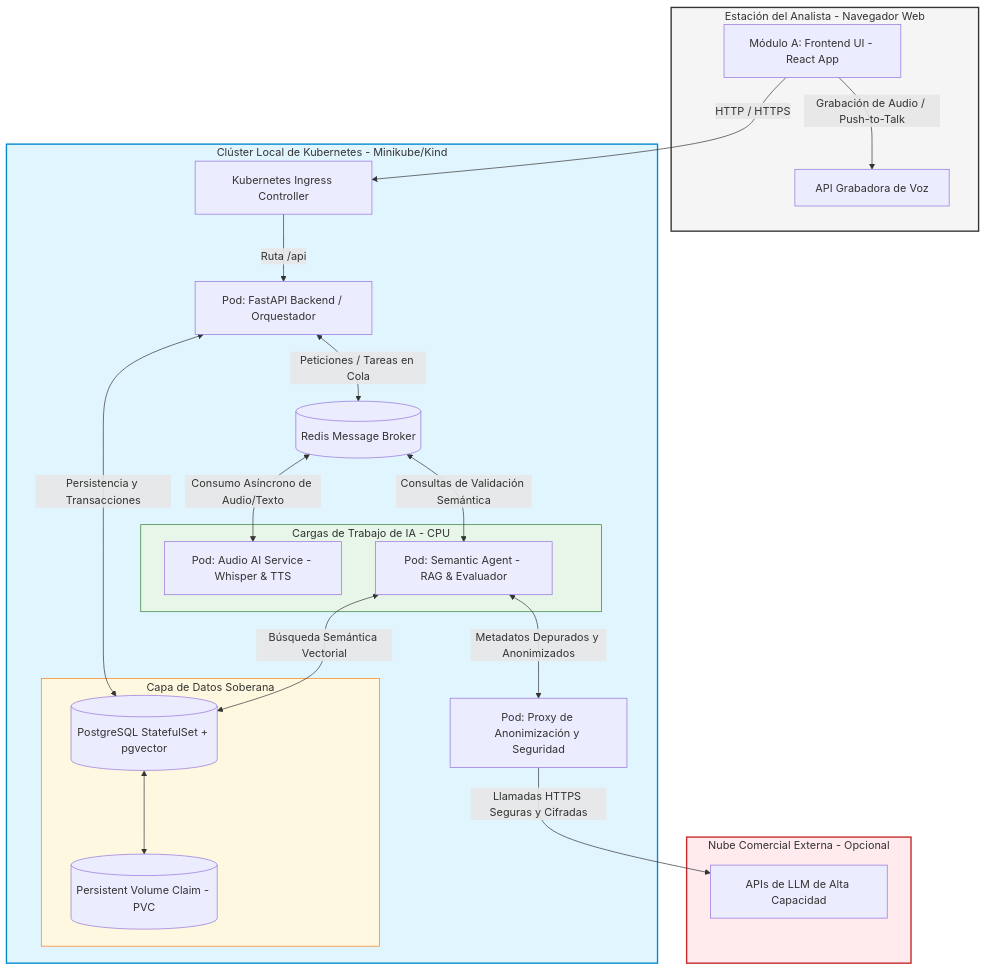
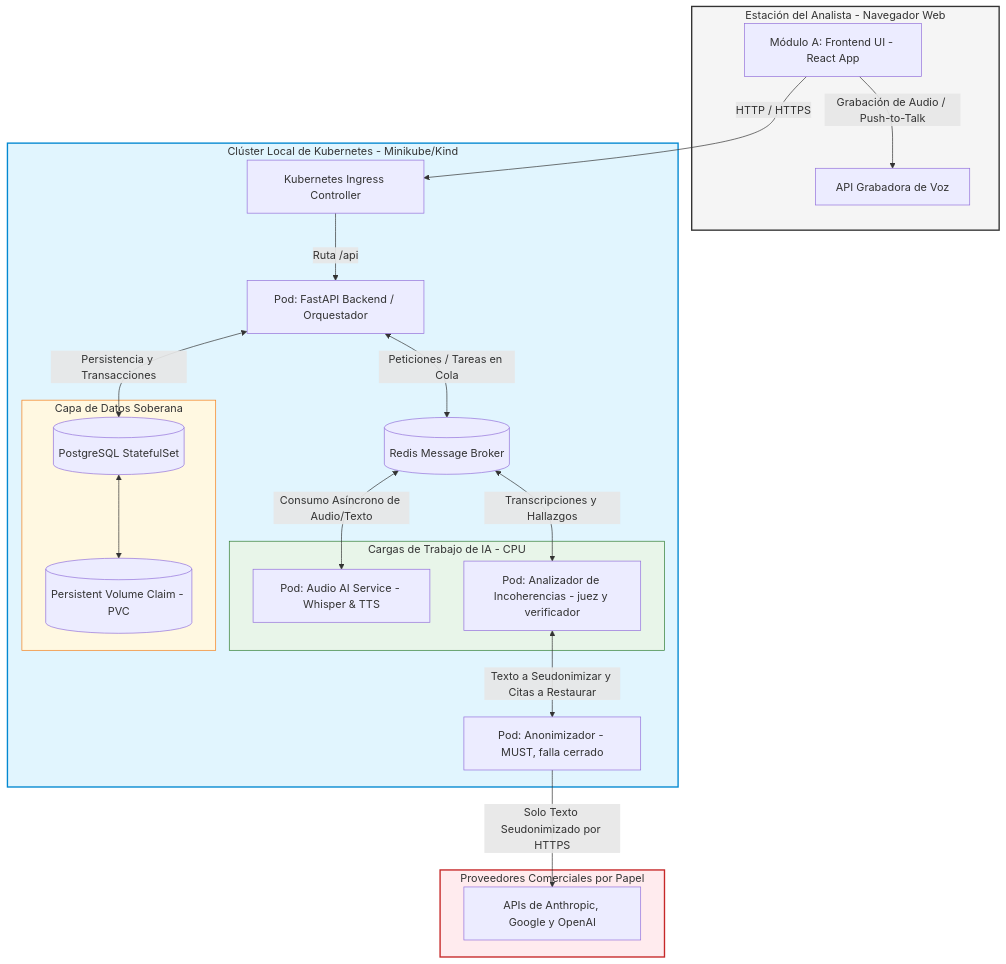
Before and after one commit to freyesJaveriana/tai: the second of 2 diagrams in specs/prd.md, drawn with Mermaid. The commit also changed other lines of this file, not shown here.

First line of the commit message:
fix(prd): analizador de incoherencias del TG, iteración 6 (DT27)

````diff
--- a/specs/prd.md
+++ b/specs/prd.md
@@ -345,50 +324,49 @@
 ```mermaid
 graph TD
     subgraph Navegador_Cliente [Estación del Analista - Navegador Web]
         UI[Módulo A: Frontend UI - React App]
         Mic[API Grabadora de Voz]
         UI -->|Grabación de Audio / Push-to-Talk| Mic
     end
 
     subgraph Kubernetes_Cluster [Clúster Local de Kubernetes - Minikube/Kind]
         Ing[Kubernetes Ingress Controller]
         UI -->|HTTP / HTTPS| Ing
         
         Pod_API[Pod: FastAPI Backend / Orquestador]
         Ing -->|Ruta /api| Pod_API
         
         Queue[(Redis Message Broker)]
         Pod_API <-->|Peticiones / Tareas en Cola| Queue
 
         subgraph IA_Workloads [Cargas de Trabajo de IA - CPU]
             Pod_Audio[Pod: Audio AI Service - Whisper & TTS]
-            Pod_Agent[Pod: Semantic Agent - RAG & Evaluador]
+            Pod_Agent[Pod: Analizador de Incoherencias - juez y verificador]
         end
         
         Queue <-->|Consumo Asíncrono de Audio/Texto| Pod_Audio
-        Queue <-->|Consultas de Validación Semántica| Pod_Agent
+        Queue <-->|Transcripciones y Hallazgos| Pod_Agent
         
         subgraph Storage_Layer [Capa de Datos Soberana]
-            Pod_DB[(PostgreSQL StatefulSet + pgvector)]
+            Pod_DB[(PostgreSQL StatefulSet)]
             PVC_Data[(Persistent Volume Claim - PVC)]
             Pod_DB <--> PVC_Data
         end
         
         Pod_API <-->|Persistencia y Transacciones| Pod_DB
-        Pod_Agent <-->|Búsqueda Semántica Vectorial| Pod_DB
         
-        Pod_Proxy[Pod: Proxy de Anonimización y Seguridad]
-        Pod_Agent <-->|Metadatos Depurados y Anonimizados| Pod_Proxy
+        Pod_Proxy[Pod: Anonimizador - MUST, falla cerrado]
+        Pod_Agent <-->|Texto a Seudonimizar y Citas a Restaurar| Pod_Proxy
     end
 
-    subgraph Cloud_Providers [Nube Comercial Externa - Opcional]
-        External_LLM[APIs de LLM de Alta Capacidad]
-        Pod_Proxy -->|Llamadas HTTPS Seguras y Cifradas| External_LLM
+    subgraph Cloud_Providers [Proveedores Comerciales por Papel]
+        External_LLM[APIs de Anthropic, Google y OpenAI]
+        Pod_Proxy -->|Solo Texto Seudonimizado por HTTPS| External_LLM
     end
 
     style Navegador_Cliente fill:#f5f5f5,stroke:#333,stroke-width:2px
     style Kubernetes_Cluster fill:#e1f5fe,stroke:#0288d1,stroke-width:2px
     style Cloud_Providers fill:#ffebee,stroke:#c62828,stroke-width:2px
     style Storage_Layer fill:#fff8e1,stroke:#f57f17,stroke-width:1px
     style IA_Workloads fill:#e8f5e9,stroke:#2e7d32,stroke-width:1px
 ```
````
